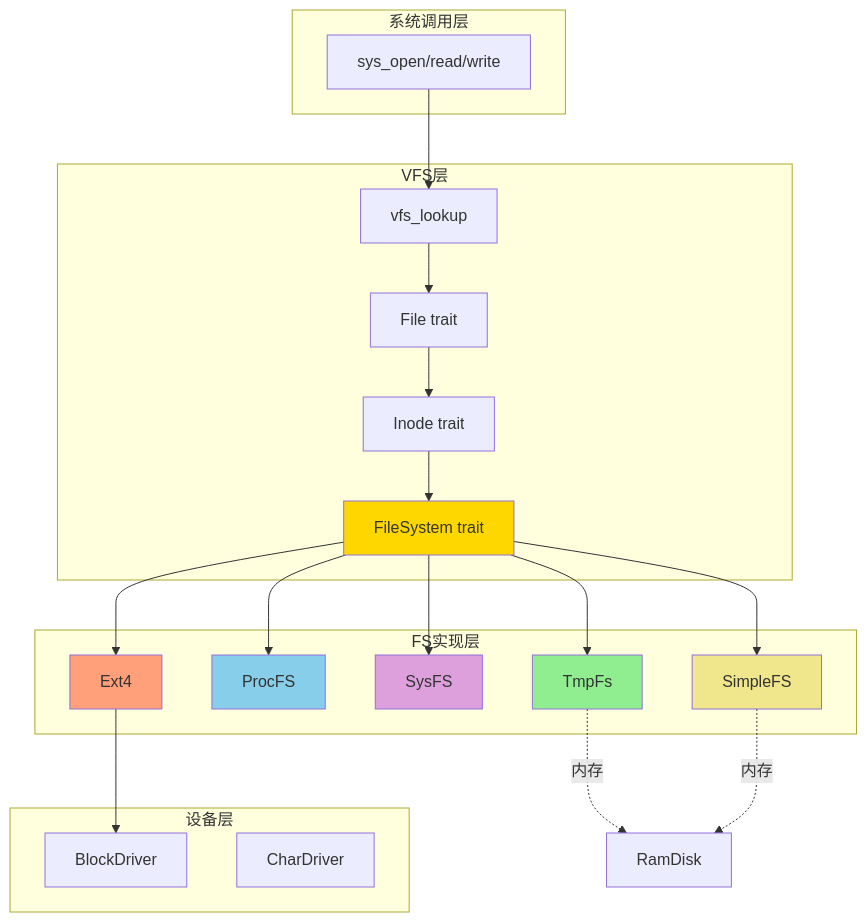
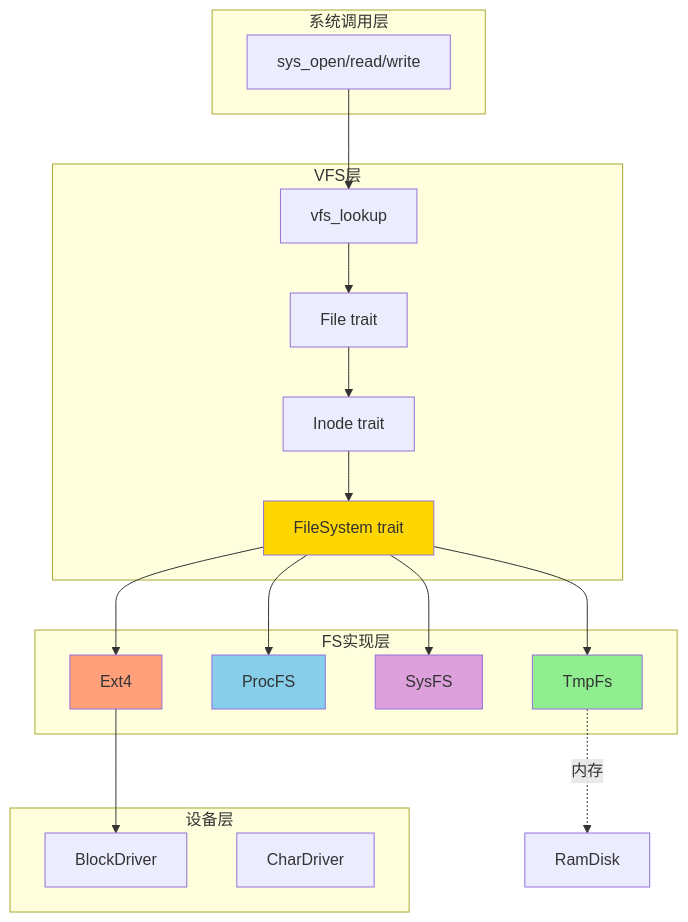
Before and after one commit to ZIYAN137/SanktaOS: the second of 2 diagrams in document/fs/README.md, drawn with Mermaid. The commit also changed other lines of this file and 3 other files, not shown here.

````diff
--- a/document/fs/README.md
+++ b/document/fs/README.md
@@ -142,48 +119,44 @@
 ```mermaid
 graph TB
     subgraph "系统调用层"
         A[sys_open/read/write]
     end
     
     subgraph "VFS层"
         B[vfs_lookup]
         C[File trait]
         D[Inode trait]
         E[FileSystem trait]
     end
     
     subgraph "FS实现层"
         F[TmpFs]
         G[ProcFS]
         H[SysFS]
         I[Ext4]
-        J[SimpleFS]
     end
     
     subgraph "设备层"
         K[BlockDriver]
         L[CharDriver]
     end
     
     A --> B
     B --> C
     C --> D
     D --> E
     
     E --> F
     E --> G
     E --> H
     E --> I
-    E --> J
     
     I --> K
     F -.内存.-> M[RamDisk]
-    J -.内存.-> M
     
     style E fill:#FFD700
     style F fill:#90EE90
     style G fill:#87CEEB
     style H fill:#DDA0DD
     style I fill:#FFA07A
-    style J fill:#F0E68C
 ```
````
